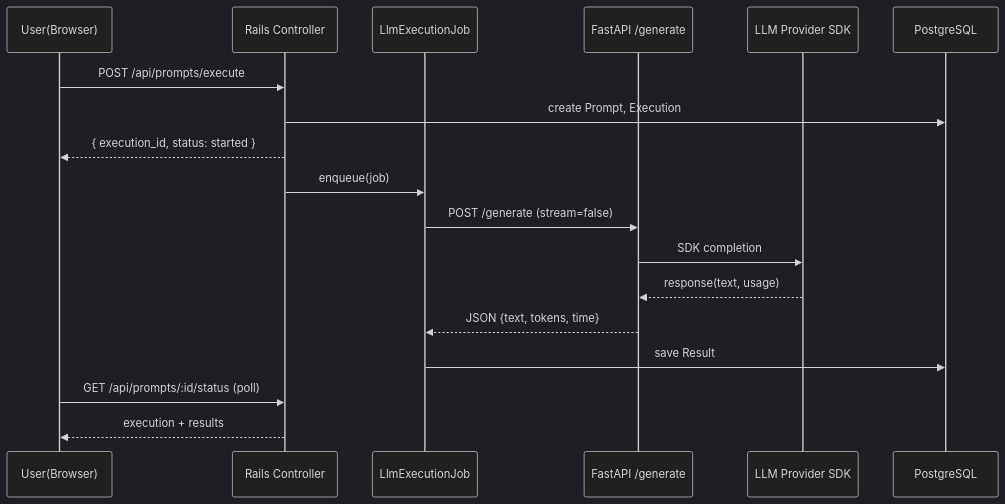
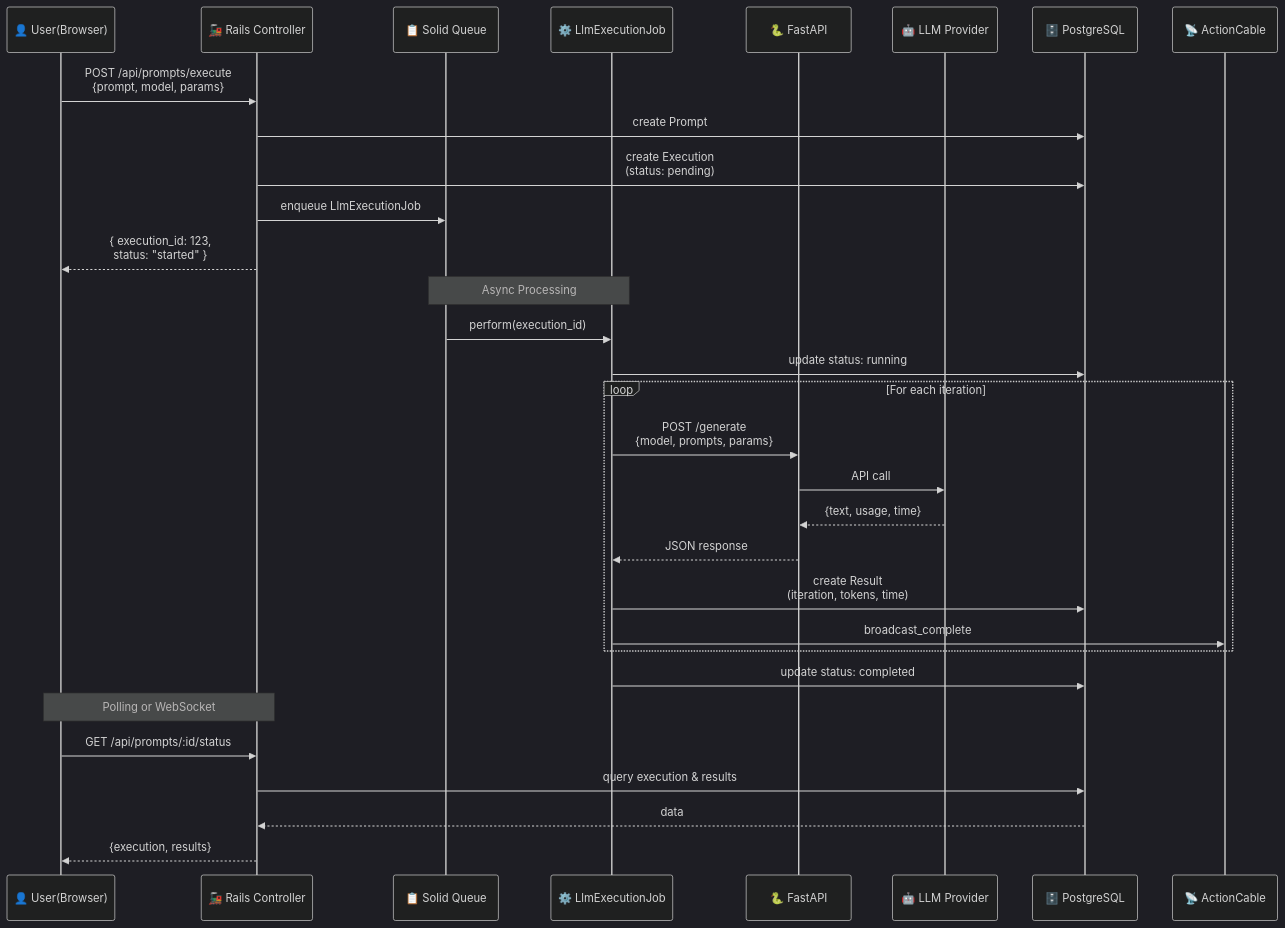
The second of 4 diagrams in Architecture.md (ProgressYG/LLMPlayground), drawn with Mermaid (dark theme) before and after one commit. The commit also changed other lines of this file and 16 other files, not shown here.

````diff
--- a/Architecture.md
+++ b/Architecture.md
@@ -69,21 +168,40 @@
 ```mermaid
 sequenceDiagram
-  participant U as User(Browser)
-  participant RC as Rails Controller
-  participant J as LlmExecutionJob
-  participant F as FastAPI /generate
-  participant L as LLM Provider SDK
-  participant DB as PostgreSQL
+  participant U as 👤 User(Browser)
+  participant RC as 🚂 Rails Controller
+  participant Q as 📋 Solid Queue
+  participant J as ⚙️ LlmExecutionJob
+  participant F as 🐍 FastAPI
+  participant L as 🤖 LLM Provider
+  participant DB as 🗄️ PostgreSQL
+  participant AC as 📡 ActionCable
 
-  U->>RC: POST /api/prompts/execute
-  RC->>DB: create Prompt, Execution
-  RC-->>U: { execution_id, status: started }
-  RC->>J: enqueue(job)
-  J->>F: POST /generate (stream=false)
-  F->>L: SDK completion
-  L-->>F: response(text, usage)
-  F-->>J: JSON {text, tokens, time}
-  J->>DB: save Result
-  U->>RC: GET /api/prompts/:id/status (poll)
-  RC-->>U: execution + results
+  U->>RC: POST /api/prompts/execute<br/>{prompt, model, params}
+  RC->>DB: create Prompt
+  RC->>DB: create Execution<br/>(status: pending)
+  RC->>Q: enqueue LlmExecutionJob
+  RC-->>U: { execution_id: 123,<br/>status: "started" }
+  
+  Note over Q,J: Async Processing
+  
+  Q->>J: perform(execution_id)
+  J->>DB: update status: running
+  
+  loop For each iteration
+    J->>F: POST /generate<br/>{model, prompts, params}
+    F->>L: API call
+    L-->>F: {text, usage, time}
+    F-->>J: JSON response
+    J->>DB: create Result<br/>(iteration, tokens, time)
+    J->>AC: broadcast_complete
+  end
+  
+  J->>DB: update status: completed
+  
+  Note over U,RC: Polling or WebSocket
+  
+  U->>RC: GET /api/prompts/:id/status
+  RC->>DB: query execution & results
+  DB-->>RC: data
+  RC-->>U: {execution, results}
 ```
````
